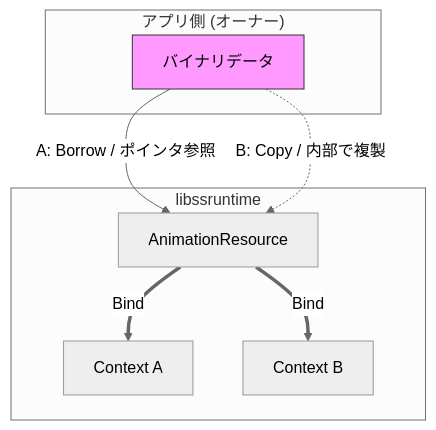
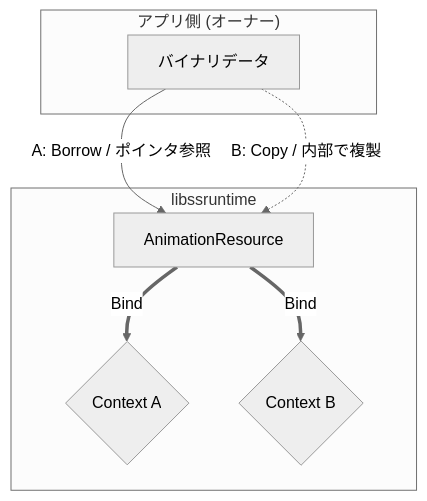
One commit to cri-middleware/SpriteStudio-SDK changed the diagram in libs/ssruntime/docs/05_initialization.ja.md. Above: the diagram before and after it, drawn with Mermaid (neutral theme). The commit also changed other lines of this file and 4 other files, not shown here.

````diff
--- a/libs/ssruntime/docs/05_initialization.ja.md
+++ b/libs/ssruntime/docs/05_initialization.ja.md
@@ -82,21 +87,18 @@
 ```mermaid
 graph TD
     subgraph Owner ["アプリ側 (オーナー)"]
-        Raw[バイナリデータ]
+        Raw[" バイナリデータ "]
     end
 
     subgraph Lib ["libssruntime"]
-        Res[AnimationResource]
-        CtxA[Context A]
-        CtxB[Context B]
+        Res[" AnimationResource "]
+        CtxA{" Context A "}
+        CtxB{" Context B "}
     end
 
     Raw -->|A: Borrow / ポインタ参照| Res
     Raw -.->|B: Copy / 内部で複製| Res
-    
+
     Res ==>|Bind| CtxA
     Res ==>|Bind| CtxB
-
-    classDef owner fill:#f9f,stroke:#333;
-    class Raw owner;
 ```
````
